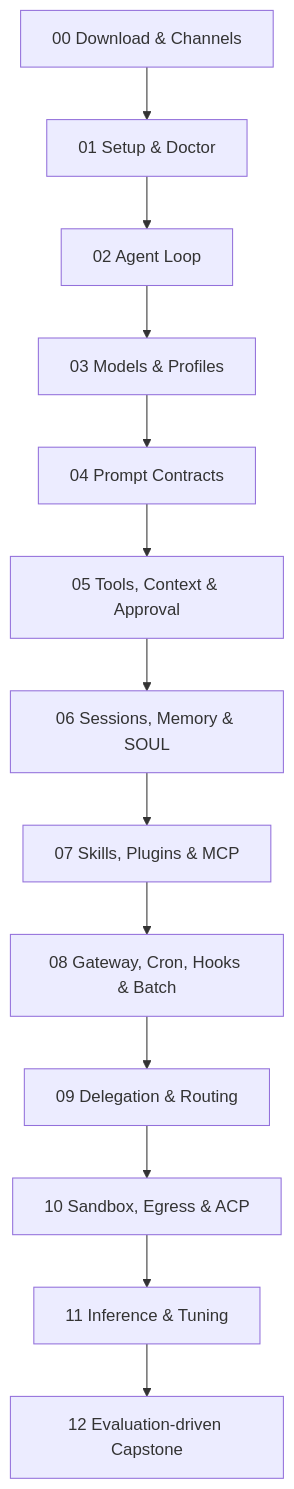
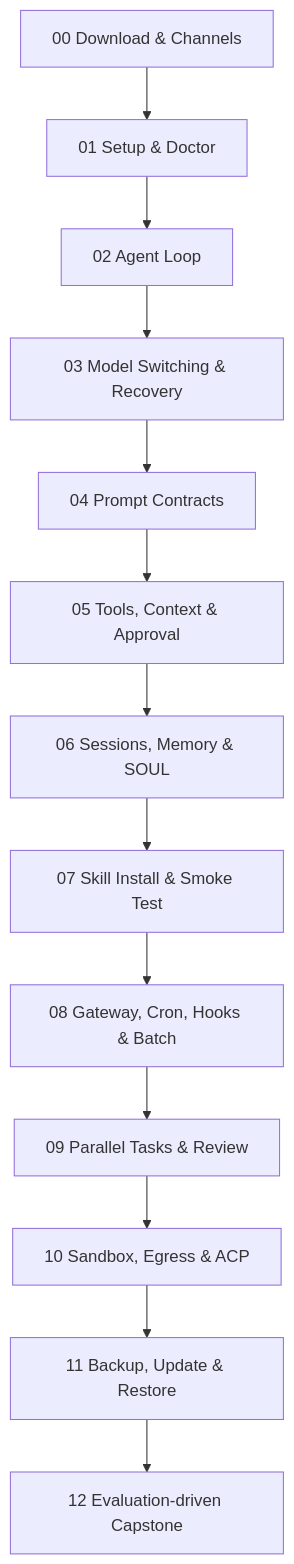
The diagram in CURRICULUM.md (ChrysFu-FndVent/hermes-learning-lab), drawn with Mermaid before and after one commit. The commit also changed other lines of this file and 8 other files, not shown here.

````diff
--- a/CURRICULUM.md
+++ b/CURRICULUM.md
@@ -18,15 +18,15 @@
 ```mermaid
 flowchart TD
     A[00 Download & Channels] --> B[01 Setup & Doctor]
     B --> C[02 Agent Loop]
-    C --> D[03 Models & Profiles]
+    C --> D[03 Model Switching & Recovery]
     D --> E[04 Prompt Contracts]
     E --> F[05 Tools, Context & Approval]
     F --> G[06 Sessions, Memory & SOUL]
-    G --> H[07 Skills, Plugins & MCP]
+    G --> H[07 Skill Install & Smoke Test]
     H --> I[08 Gateway, Cron, Hooks & Batch]
-    I --> J[09 Delegation & Routing]
+    I --> J[09 Parallel Tasks & Review]
     J --> K[10 Sandbox, Egress & ACP]
-    K --> L[11 Inference & Tuning]
+    K --> L[11 Backup, Update & Restore]
     L --> M[12 Evaluation-driven Capstone]
 ```
````
